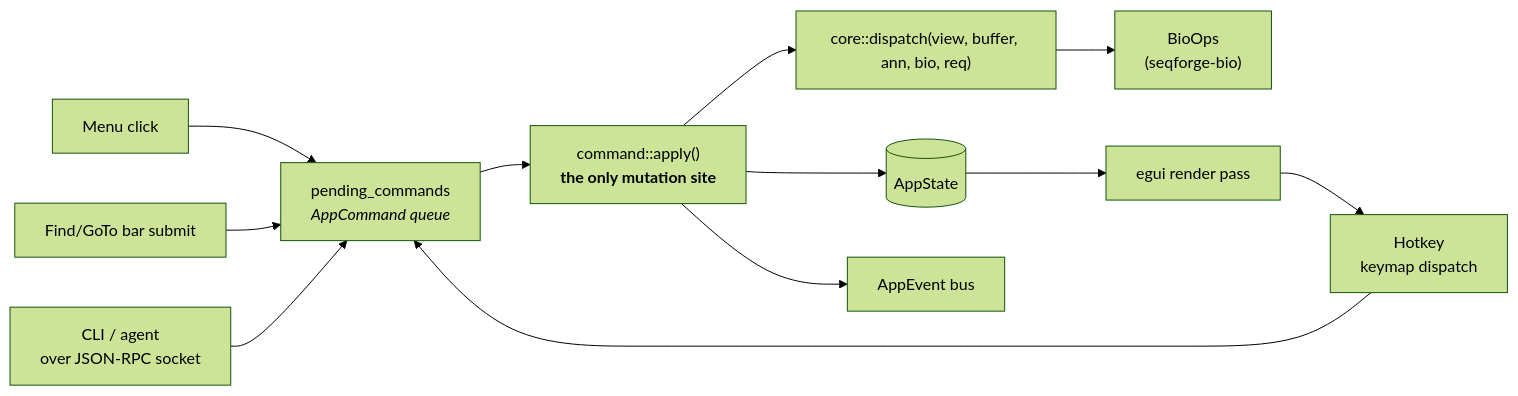
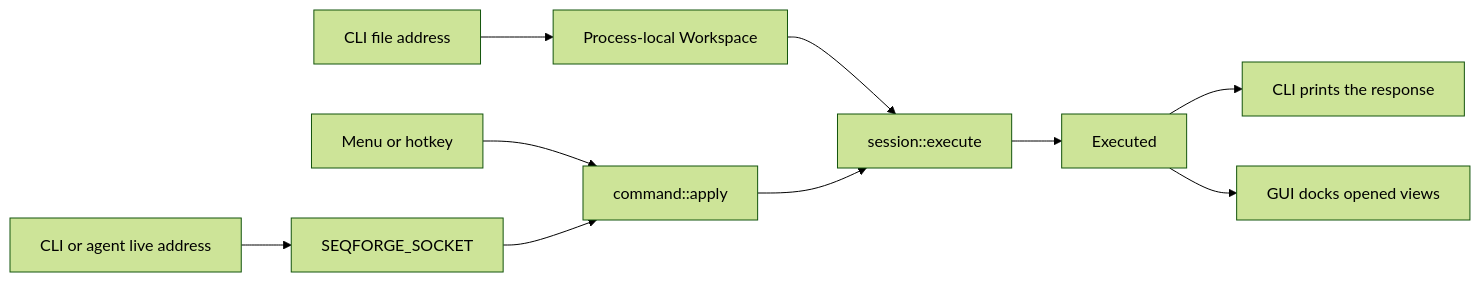
The second of 3 diagrams in docs/architecture.md (cmoscy/seqforge), drawn with Mermaid (forest theme) before and after one commit. The commit also changed other lines of this file and 13 other files, not shown here.

````diff
--- a/docs/architecture.md
+++ b/docs/architecture.md
@@ -237,20 +223,12 @@
 ```mermaid
 flowchart LR
-    menu[Menu click]
-    key[Hotkey<br/>keymap dispatch]
-    bar[Find/GoTo bar submit]
-    sock[CLI / agent<br/>over JSON-RPC socket]
-
-    menu --> q
-    key --> q
-    bar --> q
-    sock --> q
-
-    q["pending_commands<br/><i>AppCommand queue</i>"] --> apply["command::apply()<br/><b>the only mutation site</b>"]
-    apply --> disp["core::dispatch(view, buffer, ann, bio, req)"]
-    disp --> bioops["BioOps<br/>(seqforge-bio)"]
-    apply --> state[("AppState")]
-    apply --> events["AppEvent bus"]
-    state --> render["egui render pass"]
-    render --> key
+    file["CLI file address"] --> load["Process-local Workspace"]
+    agent["CLI or agent live address"] --> socket["SEQFORGE_SOCKET"]
+    menu["Menu or hotkey"] --> apply["command::apply"]
+    socket --> apply
+    load --> exec["session::execute"]
+    apply --> exec
+    exec --> result["Executed"]
+    result --> print["CLI prints the response"]
+    result --> dock["GUI docks opened views"]
 ```
````
